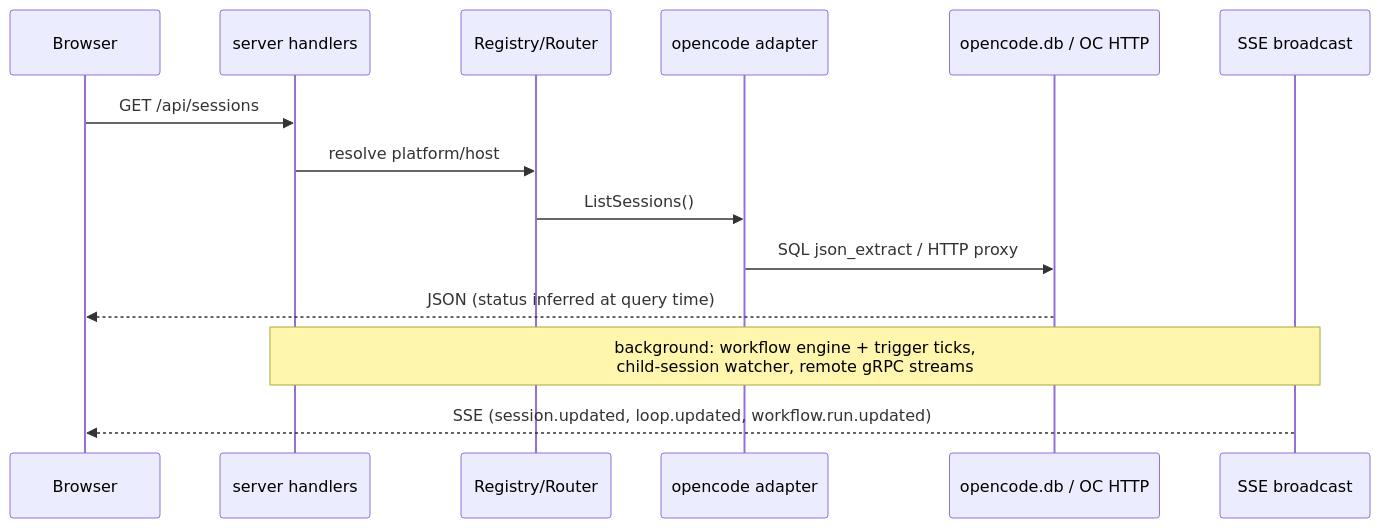
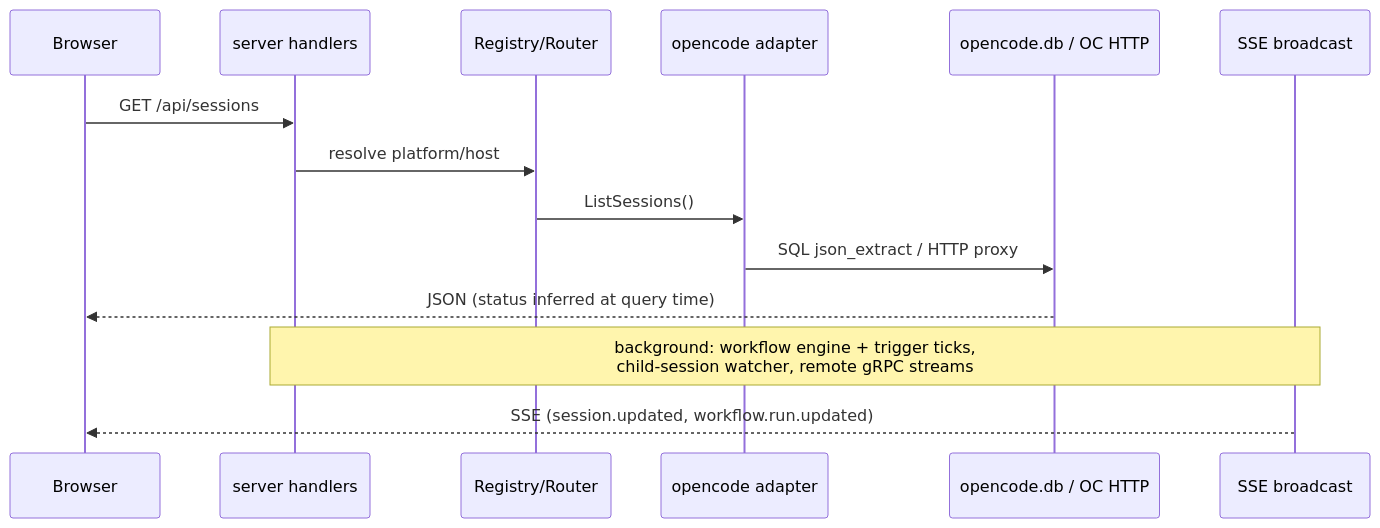
One commit to ocman/ocman changed the third of 4 diagrams in docs/architecture.md. Above: the diagram before and after it, drawn with Mermaid. The commit also changed other lines of this file and 80 other files, not shown here.

````diff
--- a/docs/architecture.md
+++ b/docs/architecture.md
@@ -140,17 +127,17 @@
 ```mermaid
 sequenceDiagram
     participant B as Browser
     participant S as server handlers
     participant R as Registry/Router
     participant A as opencode adapter
     participant D as opencode.db / OC HTTP
     participant E as SSE broadcast
 
     B->>S: GET /api/sessions
     S->>R: resolve platform/host
     R->>A: ListSessions()
     A->>D: SQL json_extract / HTTP proxy
     D-->>B: JSON (status inferred at query time)
      Note over S,E: background: workflow engine + trigger ticks,<br/>child-session watcher, remote gRPC streams
-    E-->>B: SSE (session.updated, loop.updated, workflow.run.updated)
+     E-->>B: SSE (session.updated, workflow.run.updated)
 ```
````
